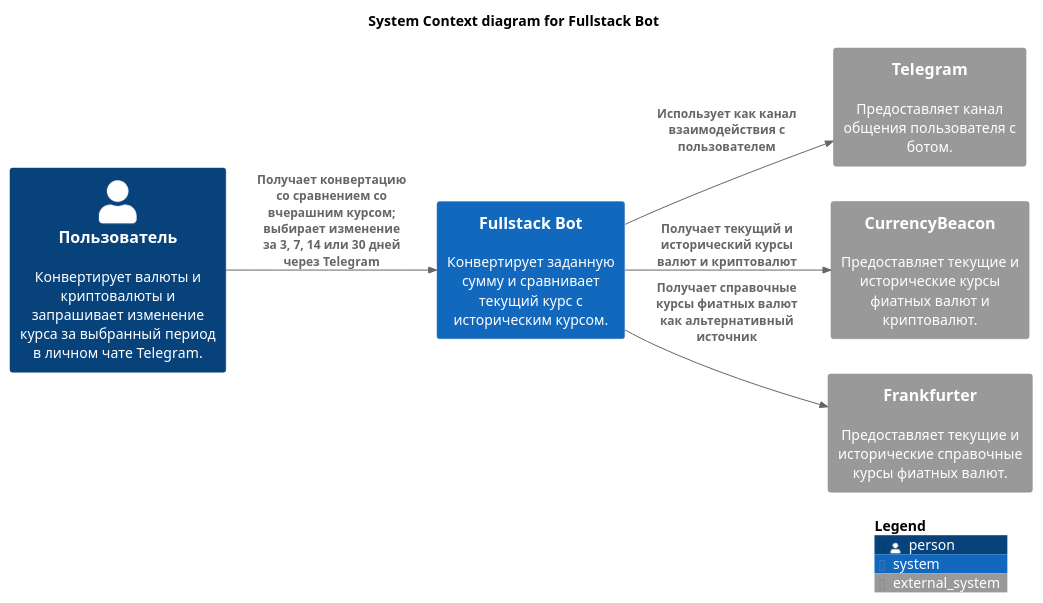
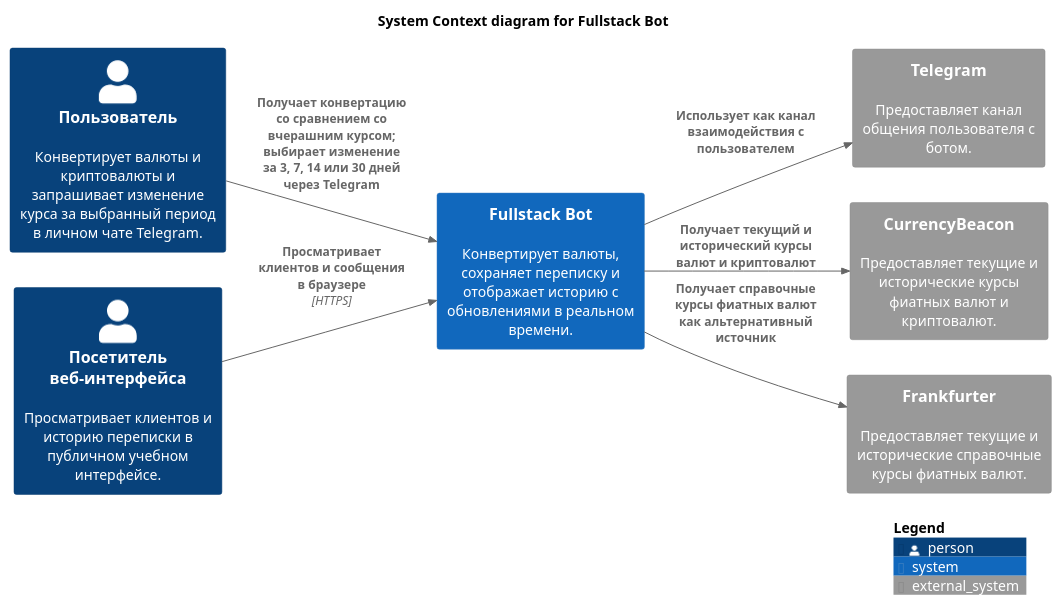
One commit to yarek-dev/FastestCurrency changed the diagram in docs/architecture/c4-context.puml. Above: the diagram before and after it, drawn with PlantUML. The commit also changed 117 other files, not shown here.

```diff
--- a/docs/architecture/c4-context.puml
+++ b/docs/architecture/c4-context.puml
@@ -1,22 +1,24 @@
 @startuml Fullstack Bot - System Context
 !include <C4/C4_Context>
 
 title System Context diagram for Fullstack Bot
 
 LAYOUT_LEFT_RIGHT()
 
 Person(user, "Пользователь", "Конвертирует валюты и криптовалюты и запрашивает изменение курса за выбранный период в личном чате Telegram.")
+Person(viewer, "Посетитель веб-интерфейса", "Просматривает клиентов и историю переписки в публичном учебном интерфейсе.")
 
-System(fullstack_bot, "Fullstack Bot", "Конвертирует заданную сумму и сравнивает текущий курс с историческим курсом.")
+System(fullstack_bot, "Fullstack Bot", "Конвертирует валюты, сохраняет переписку и отображает историю с обновлениями в реальном времени.")
 
 System_Ext(telegram, "Telegram", "Предоставляет канал общения пользователя с ботом.")
 System_Ext(currency_beacon, "CurrencyBeacon", "Предоставляет текущие и исторические курсы фиатных валют и криптовалют.")
 System_Ext(frankfurter, "Frankfurter", "Предоставляет текущие и исторические справочные курсы фиатных валют.")
 
 Rel(user, fullstack_bot, "Получает конвертацию со сравнением со вчерашним курсом; выбирает изменение за 3, 7, 14 или 30 дней через Telegram")
+Rel(viewer, fullstack_bot, "Просматривает клиентов и сообщения в браузере", "HTTPS")
 Rel(fullstack_bot, telegram, "Использует как канал взаимодействия с пользователем")
 Rel(fullstack_bot, currency_beacon, "Получает текущий и исторический курсы валют и криптовалют")
 Rel(fullstack_bot, frankfurter, "Получает справочные курсы фиатных валют как альтернативный источник")
 
 SHOW_LEGEND()
 @enduml
```
